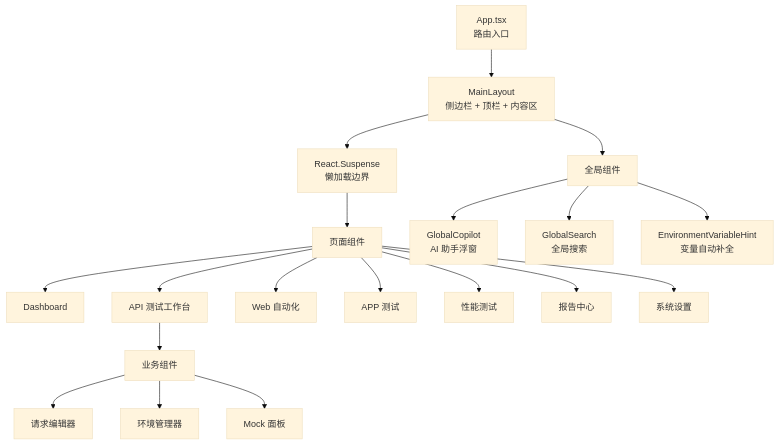
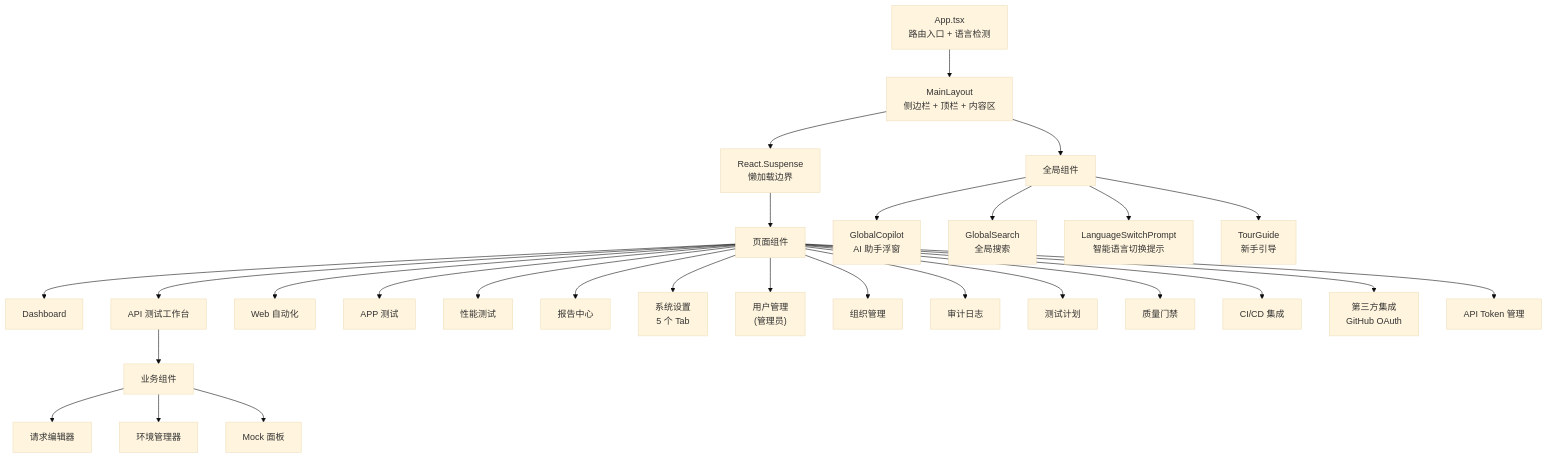
One commit to 05Huang/FullScopeTest changed the seventh of 9 diagrams in README.md. Above: the diagram before and after it, drawn with Mermaid (base theme). The commit also changed other lines of this file, not shown here.

Commit message:
docs: 完善 README — 新增多租户/用户管理/i18n/暗色模式/无障碍/部署指南等文档

````diff
--- a/README.md
+++ b/README.md
@@ -398,23 +451,32 @@
 ```mermaid
 graph TD
-    App["App.tsx<br/>路由入口"] --> Layout["MainLayout<br/>侧边栏 + 顶栏 + 内容区"]
+    App["App.tsx<br/>路由入口 + 语言检测"] --> Layout["MainLayout<br/>侧边栏 + 顶栏 + 内容区"]
     Layout --> Suspense["React.Suspense<br/>懒加载边界"]
     Suspense --> Pages["页面组件"]
     Pages --> Dashboard["Dashboard"]
     Pages --> APITest["API 测试工作台"]
     Pages --> WebTest["Web 自动化"]
     Pages --> AppTest["APP 测试"]
     Pages --> PerfTest["性能测试"]
     Pages --> Reports["报告中心"]
-    Pages --> Settings["系统设置"]
+    Pages --> Settings["系统设置<br/>5 个 Tab"]
+    Pages --> Admin["用户管理<br/>(管理员)"]
+    Pages --> Orgs["组织管理"]
+    Pages --> AuditLogs["审计日志"]
+    Pages --> TestPlans["测试计划"]
+    Pages --> QualityGates["质量门禁"]
+    Pages --> CICD["CI/CD 集成"]
+    Pages --> Integ["第三方集成<br/>GitHub OAuth"]
+    Pages --> Tokens["API Token 管理"]
 
     APITest --> Components["业务组件"]
     Components --> RequestEditor["请求编辑器"]
     Components --> EnvManager["环境管理器"]
     Components --> MockServer["Mock 面板"]
 
     Layout --> Global["全局组件"]
     Global --> Copilot["GlobalCopilot<br/>AI 助手浮窗"]
     Global --> Search["GlobalSearch<br/>全局搜索"]
-    Global --> EnvHint["EnvironmentVariableHint<br/>变量自动补全"]
+    Global --> GeoPrompt["LanguageSwitchPrompt<br/>智能语言切换提示"]
+    Global --> TourGuide["TourGuide<br/>新手引导"]
 ```
````
